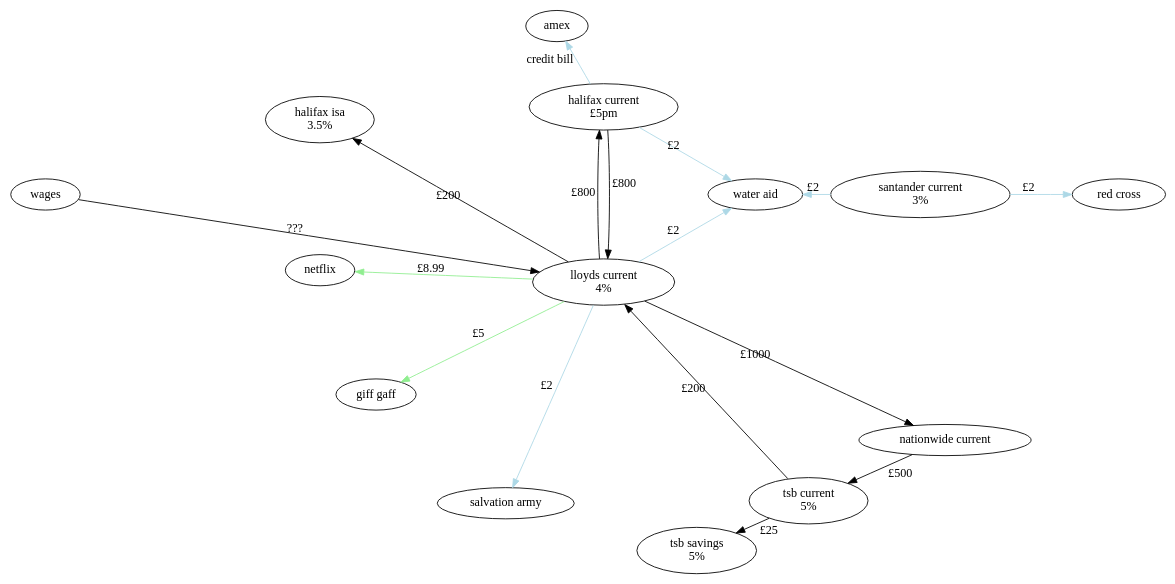
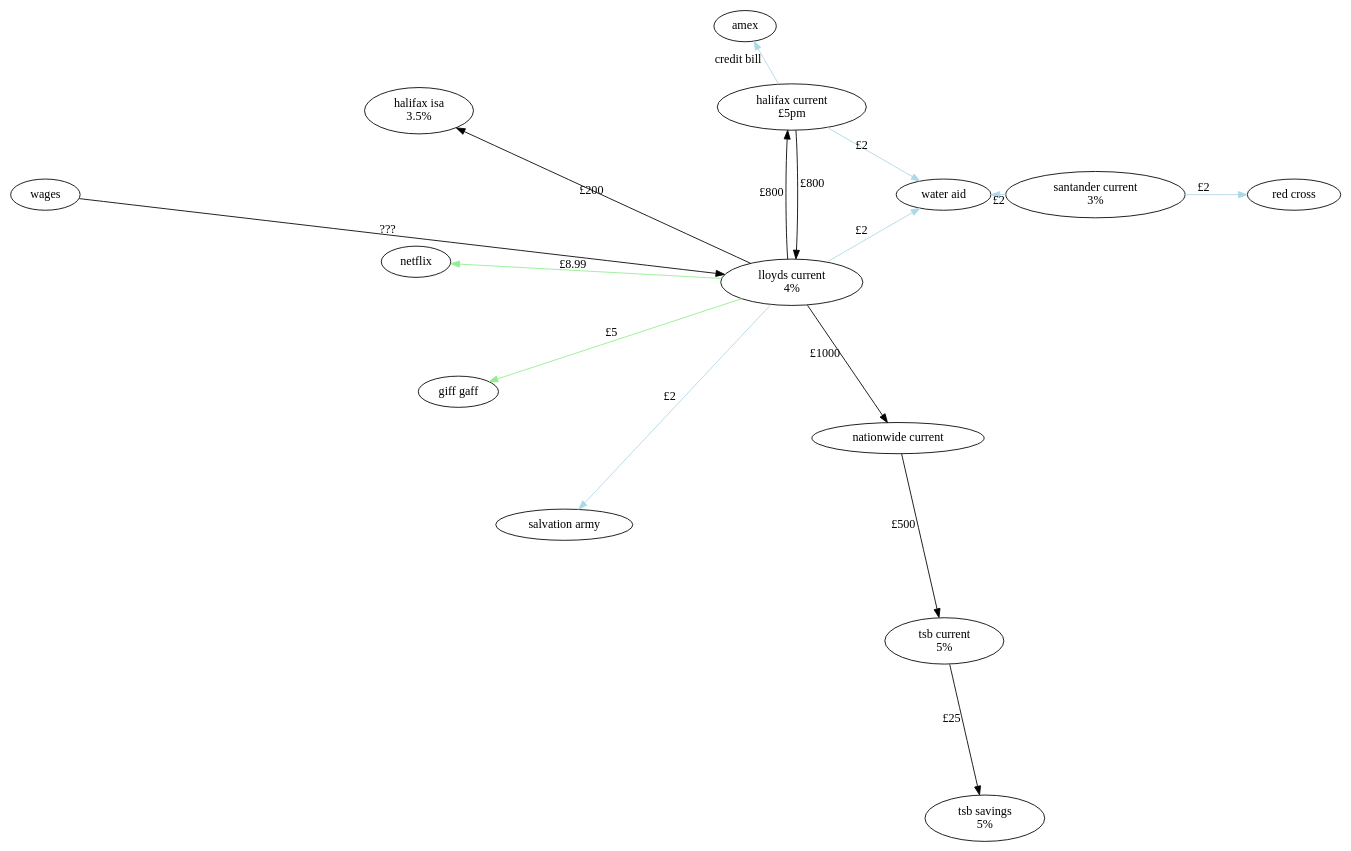
Before and after one commit to jsdelivrbot/bank-flow: the diagram in diagram.dot, drawn with Graphviz. The commit also changed 1 other file, not shown here.

Commit message:
update tsb to lloyds

```diff
--- a/diagram.dot
+++ b/diagram.dot
@@ -1,35 +1,34 @@
 digraph "bank-flow" {
   layout = circo
 
   wages [width="1"];
   lloydsCurrent [label="lloyds current\n4%"];
   tsbCurrent [label="tsb current\n5%"];
   tsbSavings [label="tsb savings\n5%"];
   halifaxCurrent [label="halifax current\n£5pm"];
   halifaxIsa [label="halifax isa\n3.5%"];
   netflix;
   giffGaff [label="giff gaff"];
   santander [label="santander current\n3%"];
   salvationArmy [label="salvation army"];
   waterAid [label="water aid"];
   amex;
   redCross [label="red cross"];
   nationwideCurrent [label="nationwide current"];
 
   santander -> waterAid [color="lightblue", label="£2"];
   santander -> redCross [color="lightblue", label="£2"];
   wages -> lloydsCurrent [label="???"];
   lloydsCurrent -> netflix [color="lightgreen", label="£8.99"];
   lloydsCurrent -> giffGaff [color="lightgreen", label="£5"];
   lloydsCurrent -> salvationArmy [color="lightblue", label="£2"];
   lloydsCurrent -> waterAid [color="lightblue", label="£2"];
   lloydsCurrent -> halifaxCurrent [label="£800"];
   lloydsCurrent -> nationwideCurrent [label="£1000"];
   nationwideCurrent -> tsbCurrent [label="£500"];
   halifaxCurrent -> lloydsCurrent [label="£800"];
   lloydsCurrent -> halifaxIsa [label="£200"];
   tsbCurrent -> tsbSavings [label="£25"];
-  tsbCurrent -> lloydsCurrent [label="£200"];
   halifaxCurrent -> waterAid [color="lightblue", label="£2"];
   halifaxCurrent -> amex [color="lightblue", label="credit bill"];
 }
```
